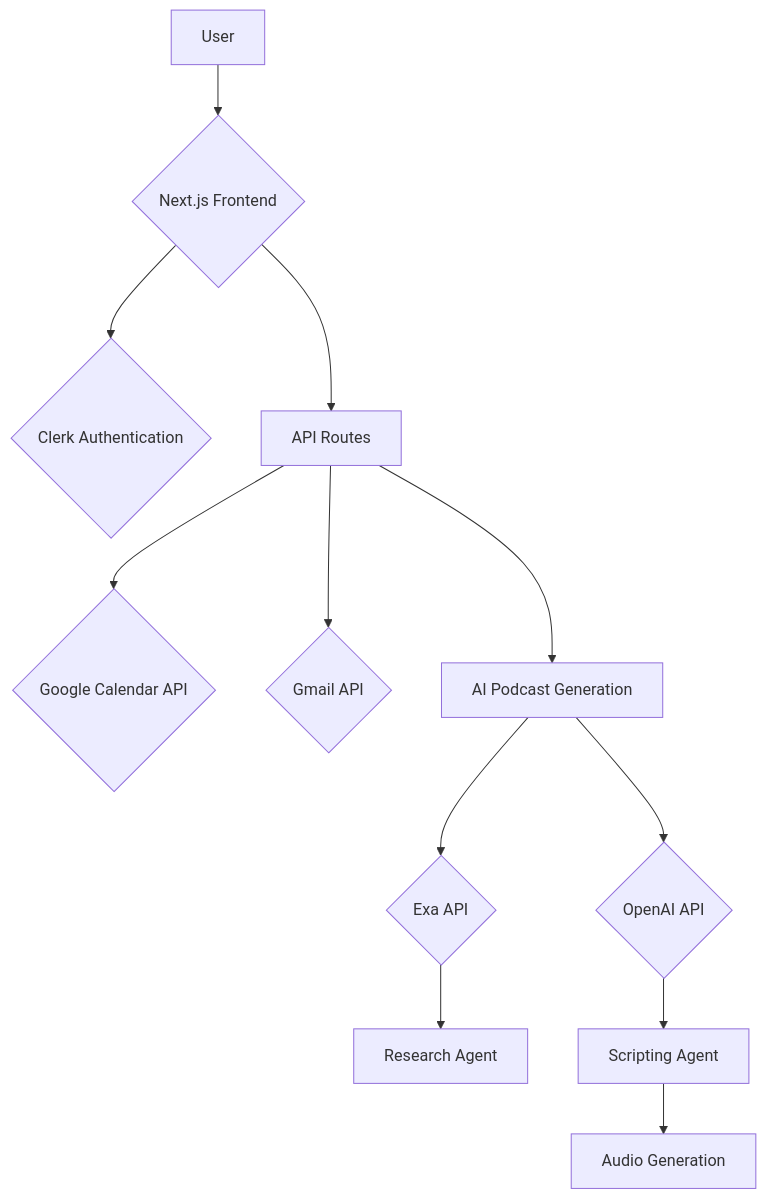
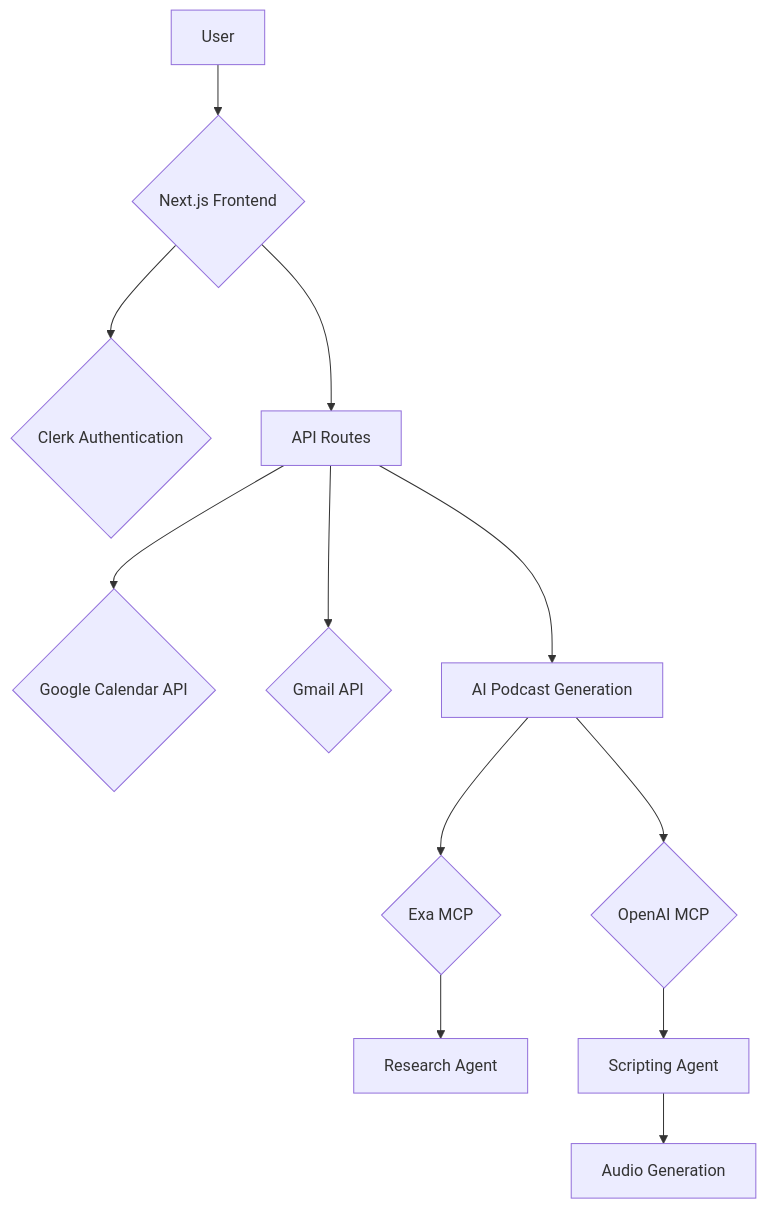
The diagram in README.md (sauravtom/podfox), drawn with Mermaid before and after one commit.

````diff
--- a/README.md
+++ b/README.md
@@ -17,14 +17,14 @@
 ```mermaid
 graph TD
     A[User] --> B{Next.js Frontend};
     B --> C{Clerk Authentication};
     B --> D[API Routes];
     D --> E{Google Calendar API};
     D --> F{Gmail API};
     D --> G[AI Podcast Generation];
-    G --> H{OpenAI API};
-    G --> I{Exa API};
+    G --> H{OpenAI MCP};
+    G --> I{Exa MCP};
     I --> J[Research Agent];
     H --> K[Scripting Agent];
     K --> L[Audio Generation];
 ```
````
